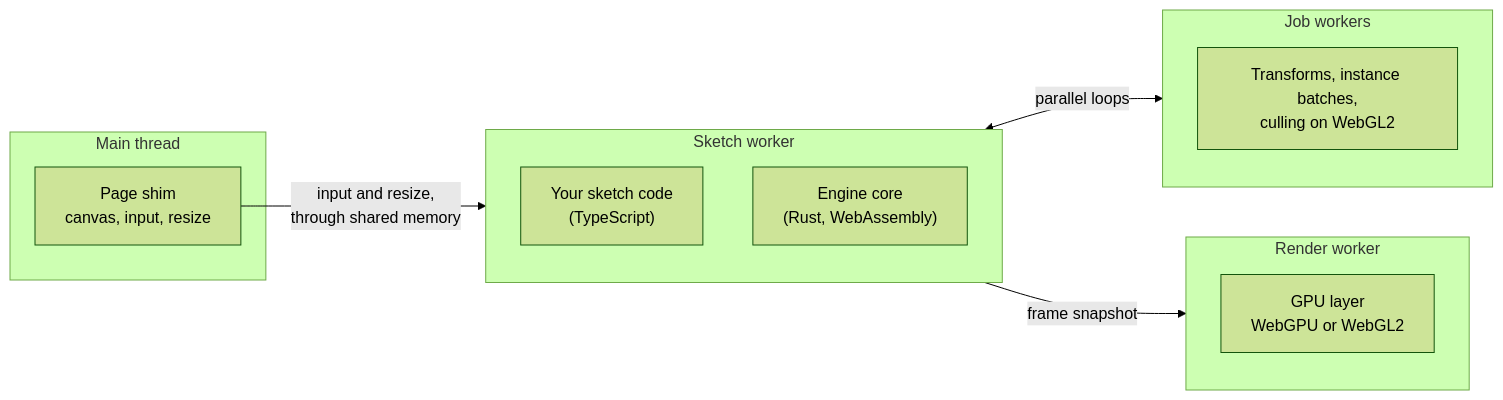
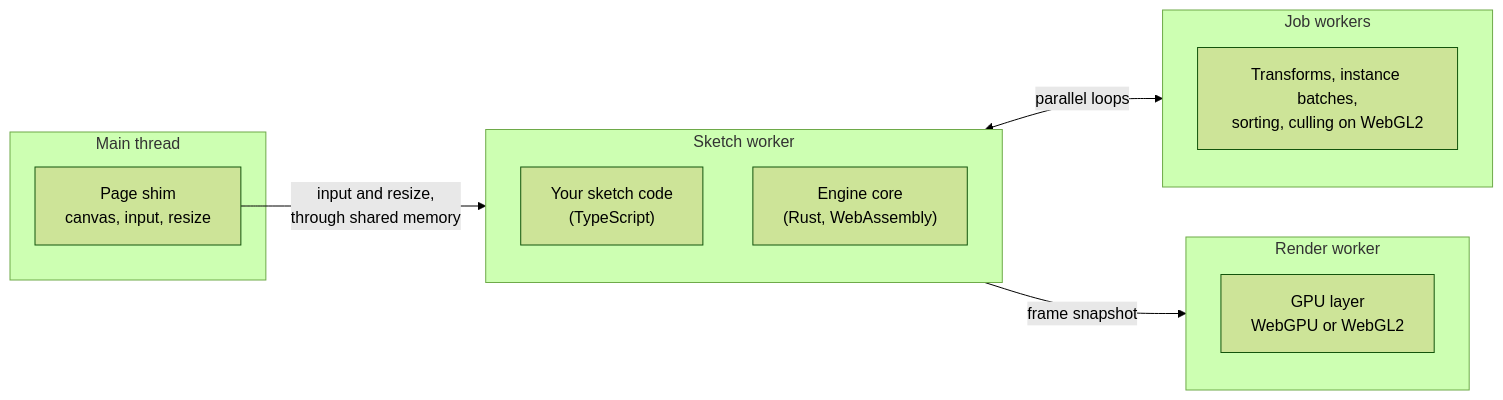
The diagram in docs/concepts/architecture.md (null3d-engine/null3d), drawn with Mermaid (forest theme) before and after one commit. The commit also changed other lines of this file and 7 other files, not shown here.

````diff
--- a/docs/concepts/architecture.md
+++ b/docs/concepts/architecture.md
@@ -13,19 +13,19 @@
 ```mermaid
 flowchart LR
     subgraph main["Main thread"]
         shim["Page shim<br/>canvas, input, resize"]
     end
     subgraph sketch["Sketch worker"]
         code["Your sketch code<br/>(TypeScript)"]
         core["Engine core<br/>(Rust, WebAssembly)"]
     end
     subgraph jobs["Job workers"]
-        work["Transforms, instance batches,<br/>culling on WebGL2"]
+        work["Transforms, instance batches,<br/>sorting, culling on WebGL2"]
     end
     subgraph render["Render worker"]
         gpu["GPU layer<br/>WebGPU or WebGL2"]
     end
     shim -- "input and resize,<br/>through shared memory" --> sketch
     sketch <-- "parallel loops" --> jobs
     sketch -- "frame snapshot" --> render
 ```
````
